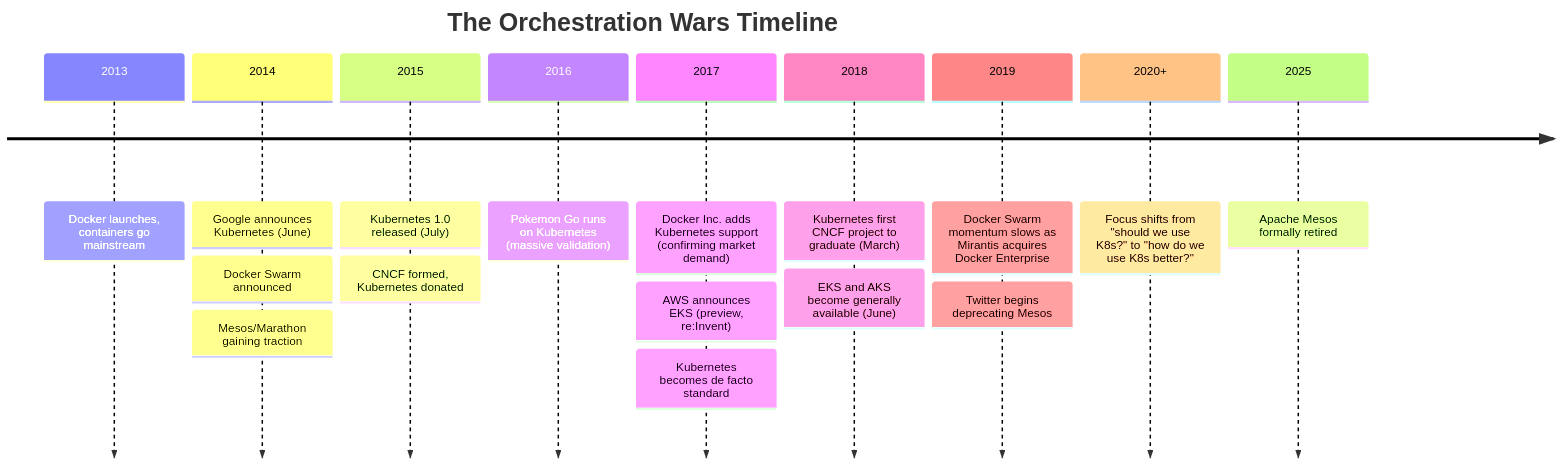
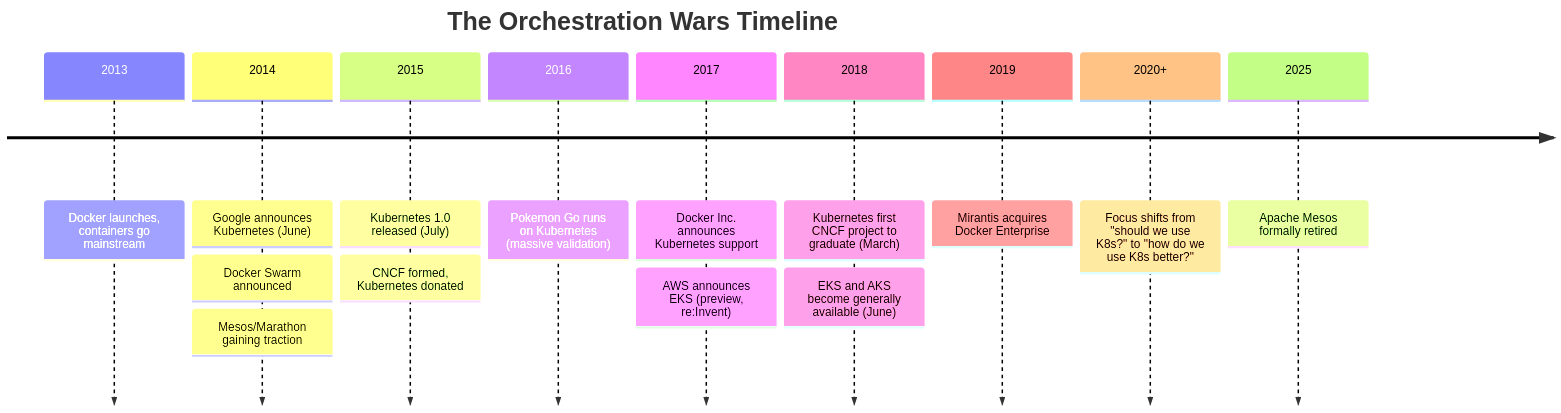
Before and after one commit to kube-dojo/kube-dojo.github.io: the first of 2 diagrams in src/content/docs/prerequisites/philosophy-design/module-1.1-why-kubernetes-won.md, drawn with Mermaid. The commit also changed other lines of this file and 1 other file, not shown here.

````diff
--- a/src/content/docs/prerequisites/philosophy-design/module-1.1-why-kubernetes-won.md
+++ b/src/content/docs/prerequisites/philosophy-design/module-1.1-why-kubernetes-won.md
@@ -214,20 +214,18 @@
 ```mermaid
 timeline
     title The Orchestration Wars Timeline
     2013 : Docker launches, containers go mainstream
     2014 : Google announces Kubernetes (June)
          : Docker Swarm announced
          : Mesos/Marathon gaining traction
     2015 : Kubernetes 1.0 released (July)
          : CNCF formed, Kubernetes donated
     2016 : Pokemon Go runs on Kubernetes (massive validation)
-    2017 : Docker Inc. adds Kubernetes support (confirming market demand)
+    2017 : Docker Inc. announces Kubernetes support
          : AWS announces EKS (preview, re:Invent)
-         : Kubernetes becomes de facto standard
     2018 : Kubernetes first CNCF project to graduate (March)
          : EKS and AKS become generally available (June)
-    2019 : Docker Swarm momentum slows as Mirantis acquires Docker Enterprise
-         : Twitter begins deprecating Mesos
+    2019 : Mirantis acquires Docker Enterprise
     2020+ : Focus shifts from "should we use K8s?" to "how do we use K8s better?"
     2025 : Apache Mesos formally retired
 ```
````
